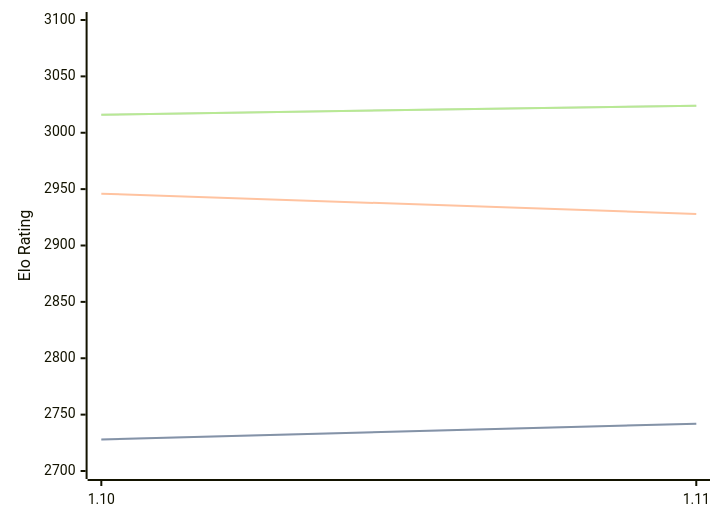
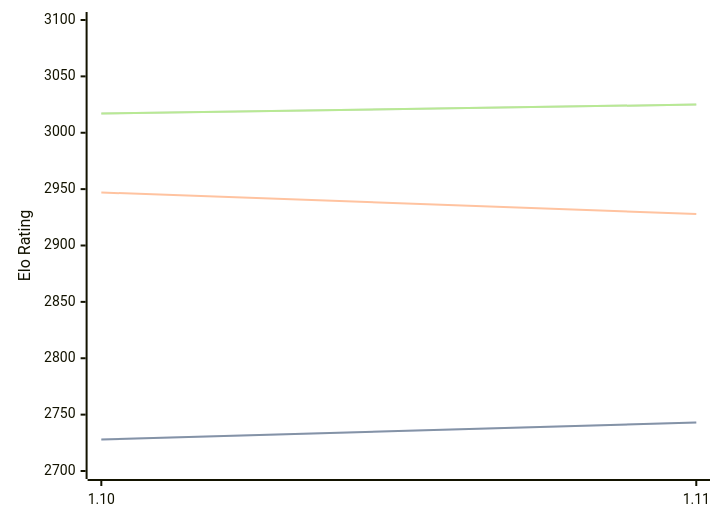
The third of 3 diagrams in engines/Roc.md (computer-chess-index/cci), drawn with Mermaid before and after one commit. The commit also changed other lines of this file, not shown here.

Commit message:
Update CCI Ratings (ELO VLTC) - 2026-07-02

````diff
--- a/engines/Roc.md
+++ b/engines/Roc.md
@@ -98,11 +98,11 @@
 ```mermaid
 %%{init: {"theme":"base","themeVariables":{"seriesColors:['#a3a3a3','#222221','#faa371']}}}%%
 xychart-beta
   x-axis ["1.10", "1.11"]
   y-axis "Elo Rating" 2700 --> 3100
-  line "STC (8.0+0.08s)" [2728, 2742]
-  line "STC (8.0+0.08s)" [2728, 2742]
-  line "LTC (60.0+0.60s)" [2946, 2928]
-  line "VLTC (2m24s+1.12s)" [3016, 3024]
-  line "VLTC (2m24s+1.12s)" [3016, 3024]
+  line "STC (8.0+0.08s)" [2728, 2743]
+  line "STC (8.0+0.08s)" [2728, 2743]
+  line "LTC (60.0+0.60s)" [2947, 2928]
+  line "VLTC (2m24s+1.12s)" [3017, 3025]
+  line "VLTC (2m24s+1.12s)" [3017, 3025]
 ```
````
